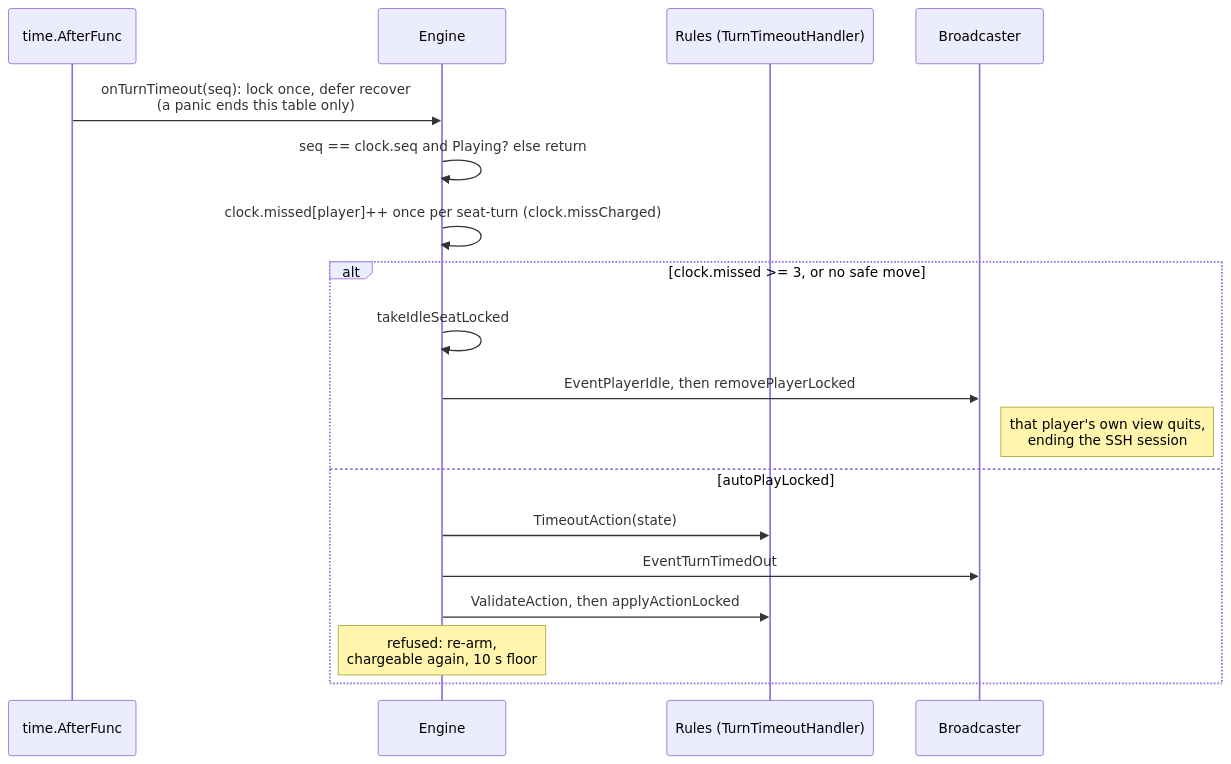
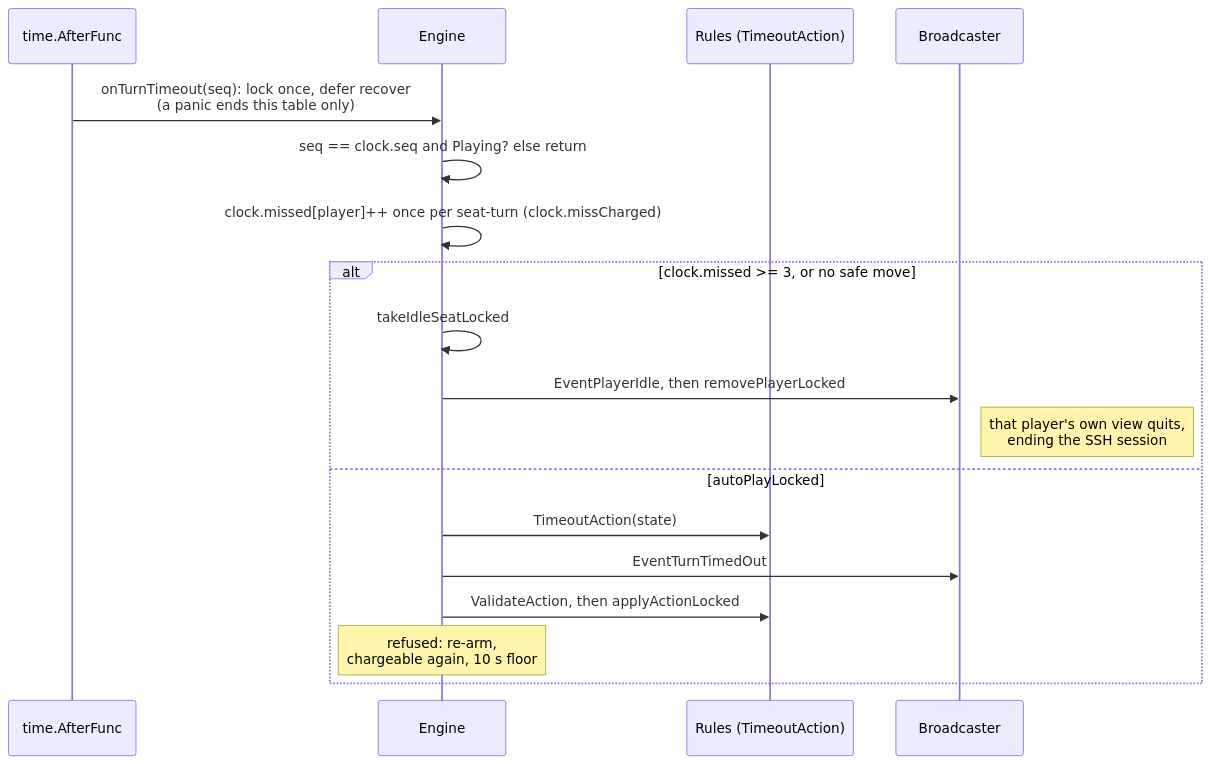
One commit to Pieczasz/tty-cards changed the sixth of 11 diagrams in docs/codebase-map.md. Above: the diagram before and after it, drawn with Mermaid. The commit also changed other lines of this file and 19 other files, not shown here.

Commit message:
refactor(game): TimeoutAction joins Rules; WithTurnTimeout is the off switch

````diff
--- a/docs/codebase-map.md
+++ b/docs/codebase-map.md
@@ -269,21 +269,21 @@
 ```mermaid
 sequenceDiagram
     participant Tm as time.AfterFunc
     participant E as Engine
-    participant Ru as Rules (TurnTimeoutHandler)
+    participant Ru as Rules (TimeoutAction)
     participant Bc as Broadcaster
 
     Tm->>E: onTurnTimeout(seq): lock once, defer recover<br/>(a panic ends this table only)
     E->>E: seq == clock.seq and Playing? else return
     E->>E: clock.missed[player]++ once per seat-turn (clock.missCharged)
     alt clock.missed >= 3, or no safe move
         E->>E: takeIdleSeatLocked
         E->>Bc: EventPlayerIdle, then removePlayerLocked
         Note right of Bc: that player's own view quits,<br/>ending the SSH session
     else autoPlayLocked
         E->>Ru: TimeoutAction(state)
         E->>Bc: EventTurnTimedOut
         E->>Ru: ValidateAction, then applyActionLocked
         Note over E: refused: re-arm,<br/>chargeable again, 10 s floor
     end
 ```
````
